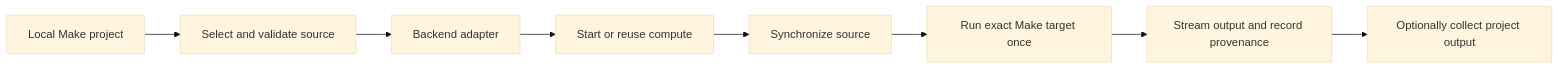
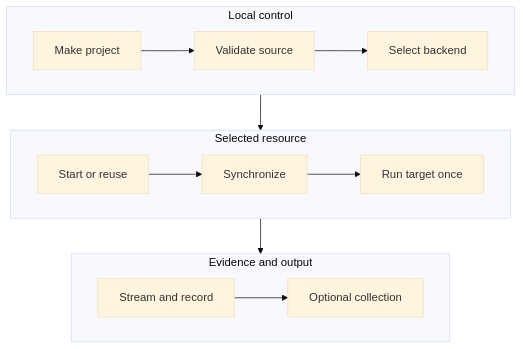
One commit to jianwen-zhu/cloudmake changed the diagram in docs/stateless-remote-make.md. Above: the diagram before and after it, drawn with Mermaid (base theme). The commit also changed other lines of this file and 42 other files, not shown here.

````diff
--- a/docs/stateless-remote-make.md
+++ b/docs/stateless-remote-make.md
@@ -51,10 +80,17 @@
 ```mermaid
-flowchart LR
-    P[Local Make project] --> S[Select and validate source]
-    S --> B[Backend adapter]
-    B --> R[Start or reuse compute]
-    R --> U[Synchronize source]
-    U --> M[Run exact Make target once]
-    M --> O[Stream output and record provenance]
-    O --> C[Optionally collect project output]
+flowchart TB
+    subgraph H[Local control]
+        direction LR
+        P[Make project] --> S[Validate source] --> B[Select backend]
+    end
+    subgraph R[Selected resource]
+        direction LR
+        A[Start or reuse] --> U[Synchronize] --> M[Run target once]
+    end
+    subgraph E[Evidence and output]
+        direction LR
+        O[Stream and record] --> C[Optional collection]
+    end
+    B --> A
+    M --> O
 ```
````
